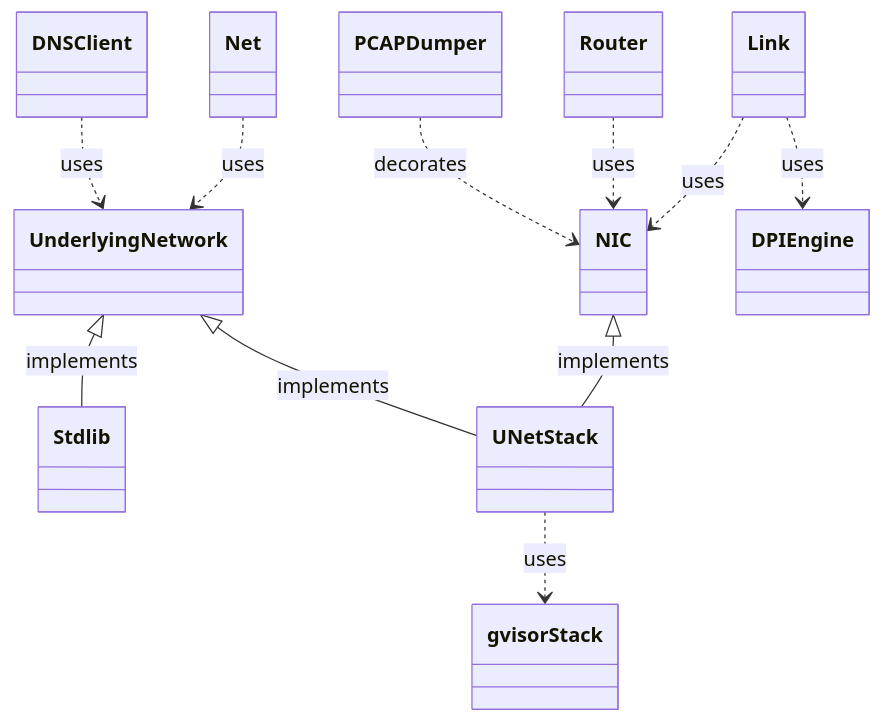
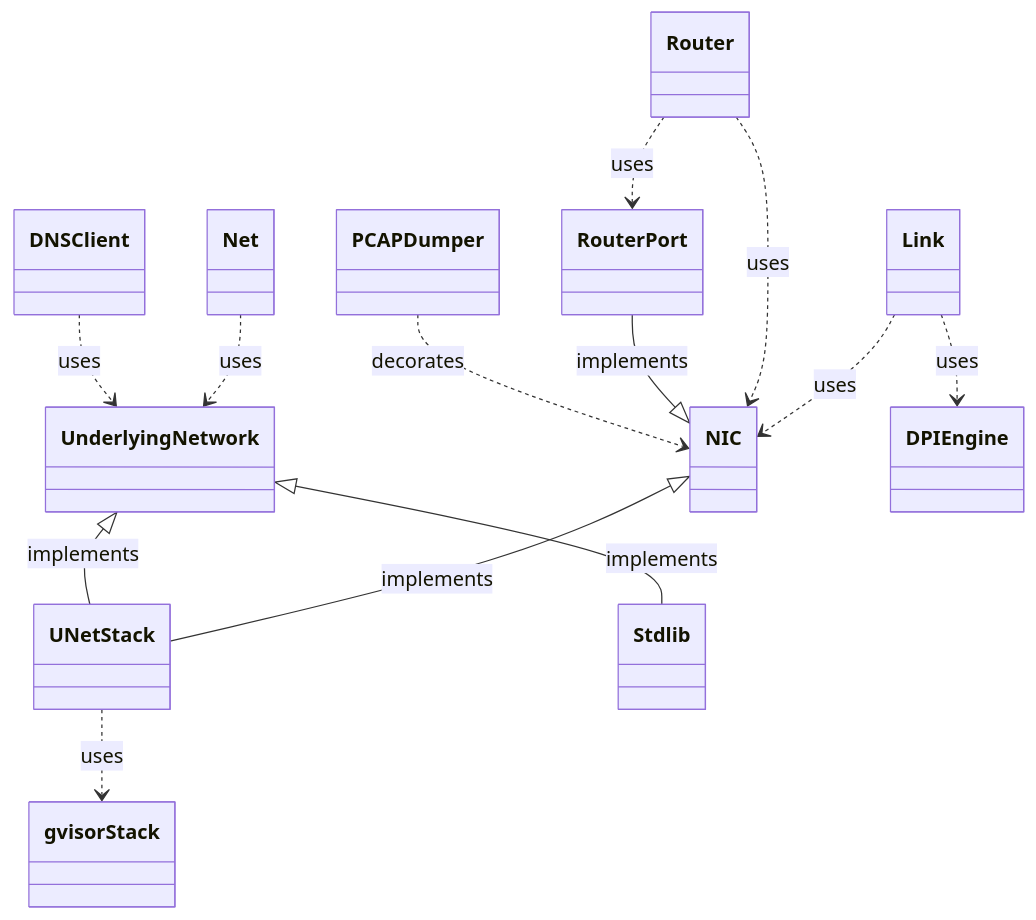
One commit to ooni/netem changed the diagram in ARCHITECTURE.md. Above: the diagram before and after it, drawn with Mermaid.

````diff
--- a/ARCHITECTURE.md
+++ b/ARCHITECTURE.md
@@ -39,13 +39,15 @@
 ```mermaid
 classDiagram
 NIC <|-- UNetStack : implements
 UnderlyingNetwork <|-- UNetStack : implements
 Net ..> UnderlyingNetwork : uses
 Link ..> DPIEngine : uses
 Link ..> NIC : uses
 Router ..> NIC : uses
+Router ..> RouterPort : uses
+RouterPort --|> NIC: implements
 DNSClient ..> UnderlyingNetwork : uses
 UNetStack ..> gvisorStack : uses
 UnderlyingNetwork <|-- Stdlib : implements
 PCAPDumper ..> NIC : decorates
 ```
````
